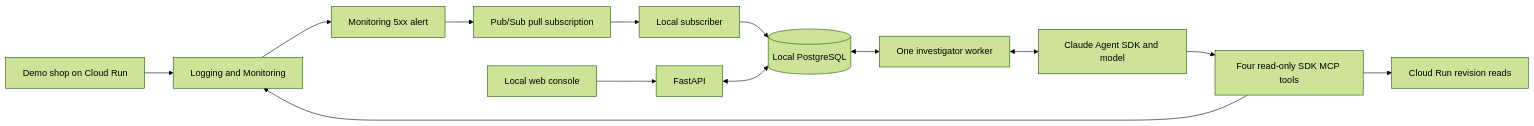
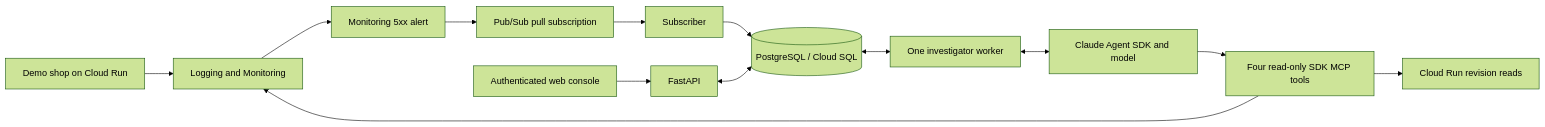
The diagram in ARCHITECTURE.md (ai-developer-community/ai-sre-agent), drawn with Mermaid (forest theme) before and after one commit. The commit also changed other lines of this file and 18 other files, not shown here.

````diff
--- a/ARCHITECTURE.md
+++ b/ARCHITECTURE.md
@@ -7,15 +7,15 @@
 ```mermaid
 flowchart LR
     Shop[Demo shop on Cloud Run] --> Google[Logging and Monitoring]
     Google --> Alert[Monitoring 5xx alert]
     Alert --> PubSub[Pub/Sub pull subscription]
-    PubSub --> Intake[Local subscriber]
-    UI[Local web console] --> API[FastAPI]
-    Intake --> DB[(Local PostgreSQL)]
+    PubSub --> Intake[Subscriber]
+    UI[Authenticated web console] --> API[FastAPI]
+    Intake --> DB[(PostgreSQL / Cloud SQL)]
     API <--> DB
     DB <--> Worker[One investigator worker]
     Worker <--> Claude[Claude Agent SDK and model]
     Claude --> Tools[Four read-only SDK MCP tools]
     Tools --> Google
     Tools --> Revisions[Cloud Run revision reads]
 ```
````
